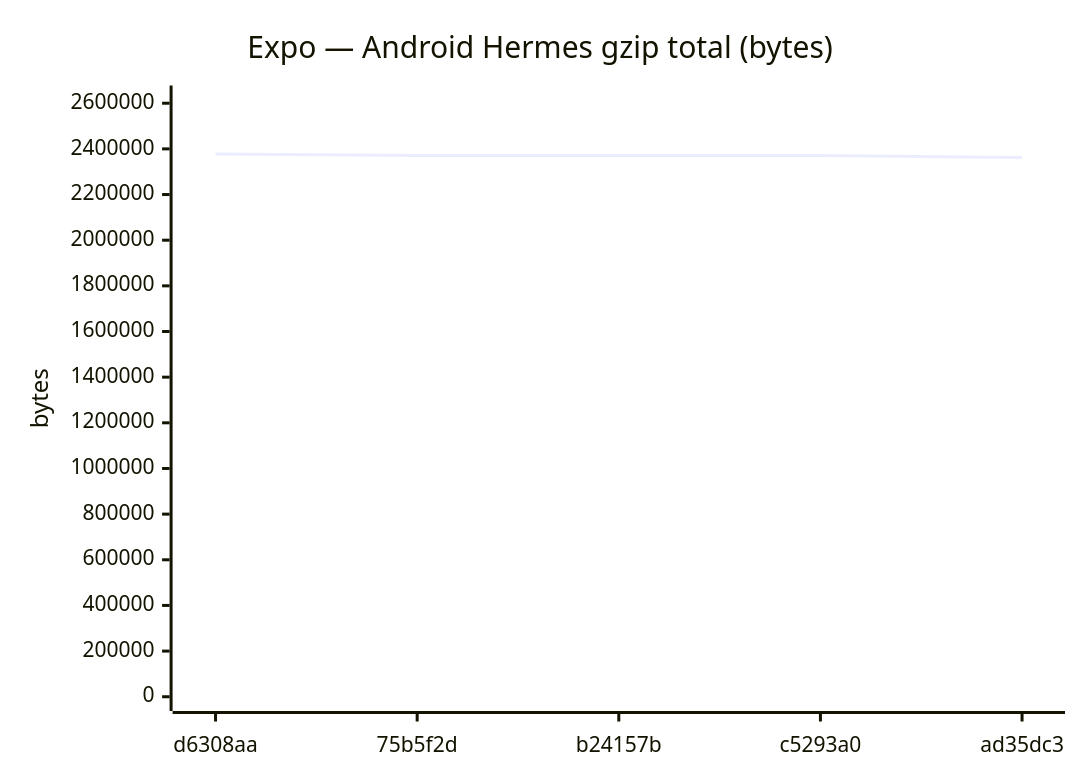
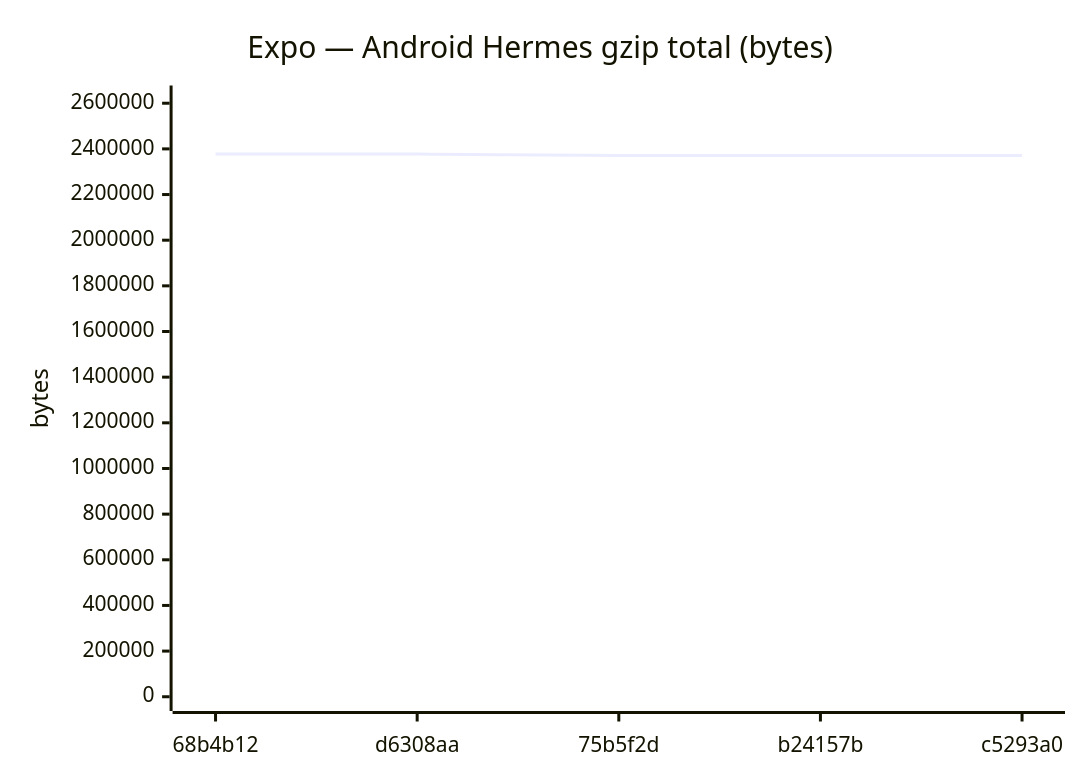
Before and after one commit to Metaheurist/Rianell: diagram 15 of 24 in benchmarks/compare.md, drawn with Mermaid. The commit also changed other lines of this file and 14 other files, not shown here.

````diff
--- a/benchmarks/compare.md
+++ b/benchmarks/compare.md
@@ -221,7 +221,7 @@
 ```mermaid
 xychart-beta
     title "Expo — Android Hermes gzip total (bytes)"
-    x-axis ["d6308aa", "75b5f2d", "b24157b", "c5293a0", "ad35dc3"]
-    y-axis "bytes" 0 --> 2615237
-    line [2377488, 2370632, 2370632, 2370634, 2362082]
+    x-axis ["68b4b12", "d6308aa", "75b5f2d", "b24157b", "c5293a0"]
+    y-axis "bytes" 0 --> 2615238
+    line [2377489, 2377488, 2370632, 2370632, 2370634]
 ```
````
